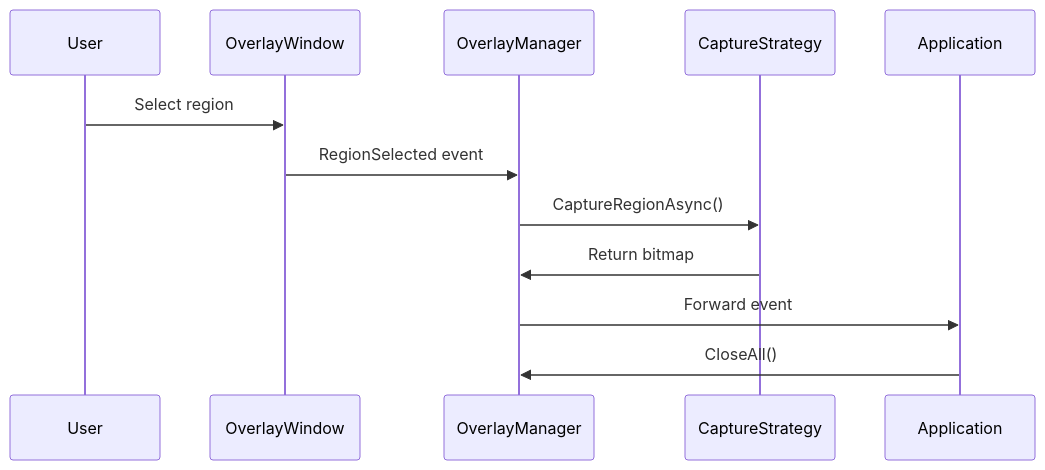
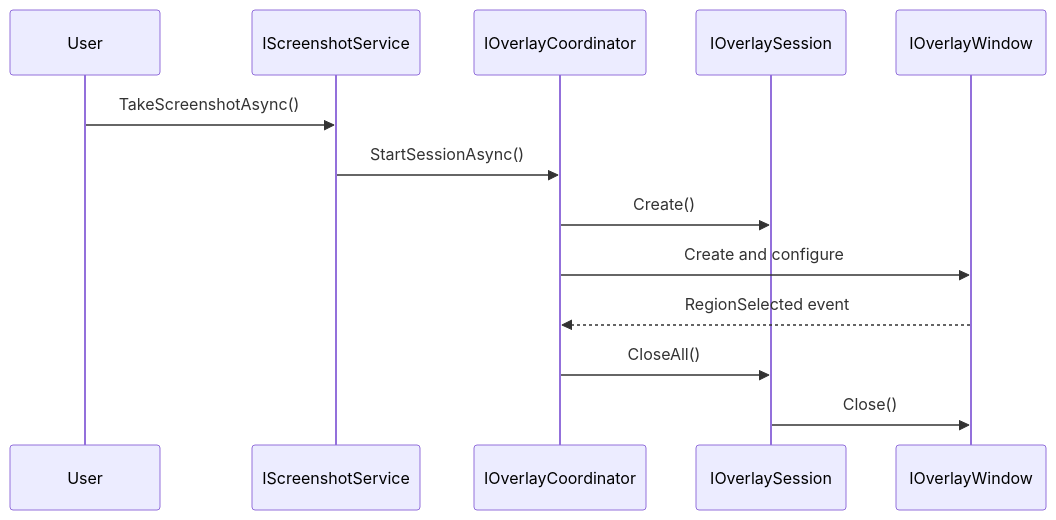
Before and after one commit to AGIBuild/AGI.Kapster: the diagram in docs/overlay-system-architecture.md, drawn with Mermaid. The commit also changed other lines of this file and 4 other files, not shown here.

````diff
--- a/docs/overlay-system-architecture.md
+++ b/docs/overlay-system-architecture.md
@@ -90,15 +174,16 @@
 ```mermaid
 sequenceDiagram
-    participant User as User
-    participant OW as OverlayWindow
-    participant OM as OverlayManager
-    participant CS as CaptureStrategy
-    participant App as Application
+    participant User
+    participant Service as IScreenshotService
+    participant Coord as IOverlayCoordinator
+    participant Session as IOverlaySession
+    participant Window as IOverlayWindow
     
-    User->>OW: Select region
-    OW->>OM: RegionSelected event
-    OM->>CS: CaptureRegionAsync()
-    CS->>OM: Return bitmap
-    OM->>App: Forward event
-    App->>OM: CloseAll()
+    User->>Service: TakeScreenshotAsync()
+    Service->>Coord: StartSessionAsync()
+    Coord->>Session: Create()
+    Coord->>Window: Create and configure
+    Window-->>Coord: RegionSelected event
+    Coord->>Session: CloseAll()
+    Session->>Window: Close()
 ```
````
